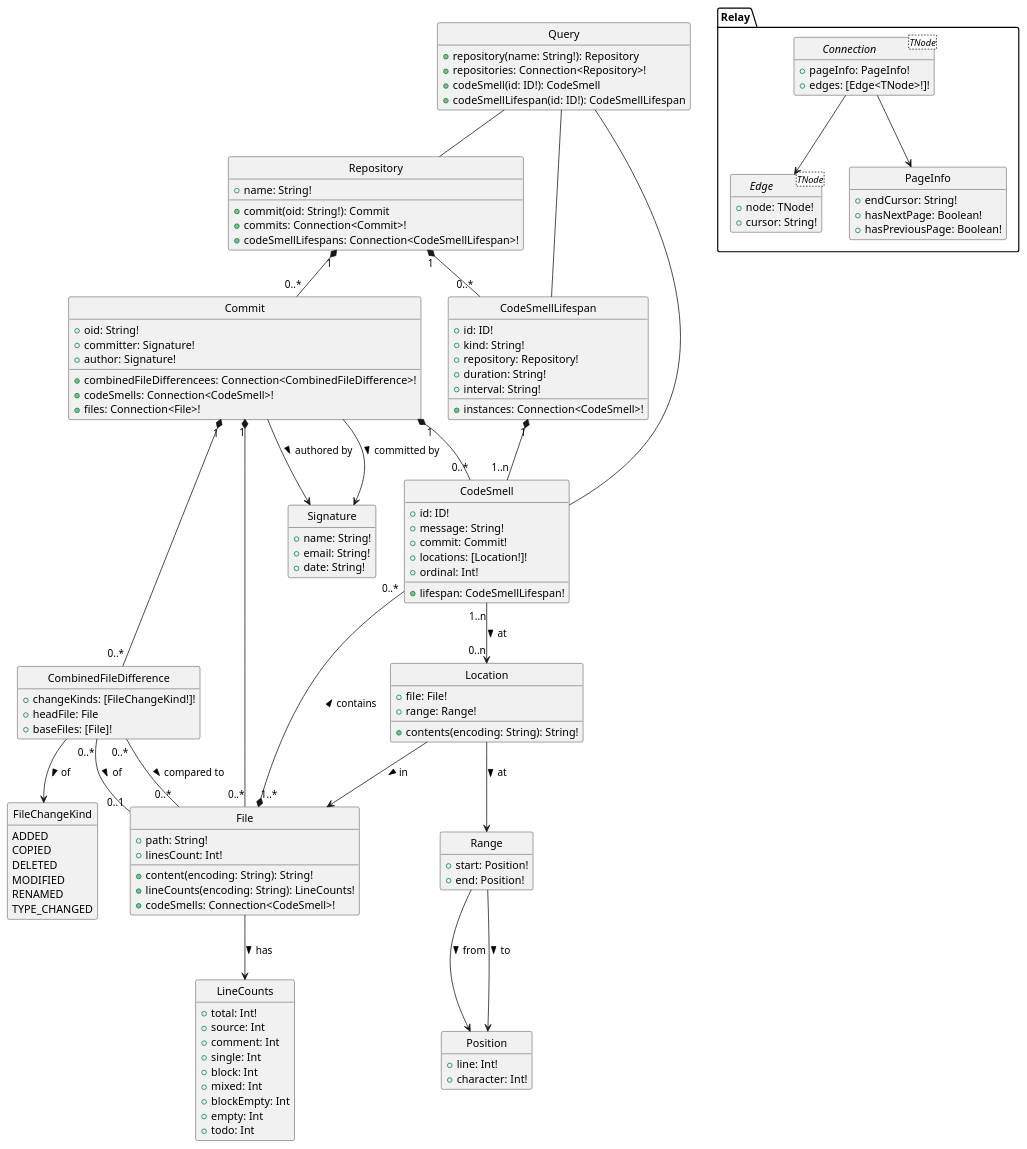
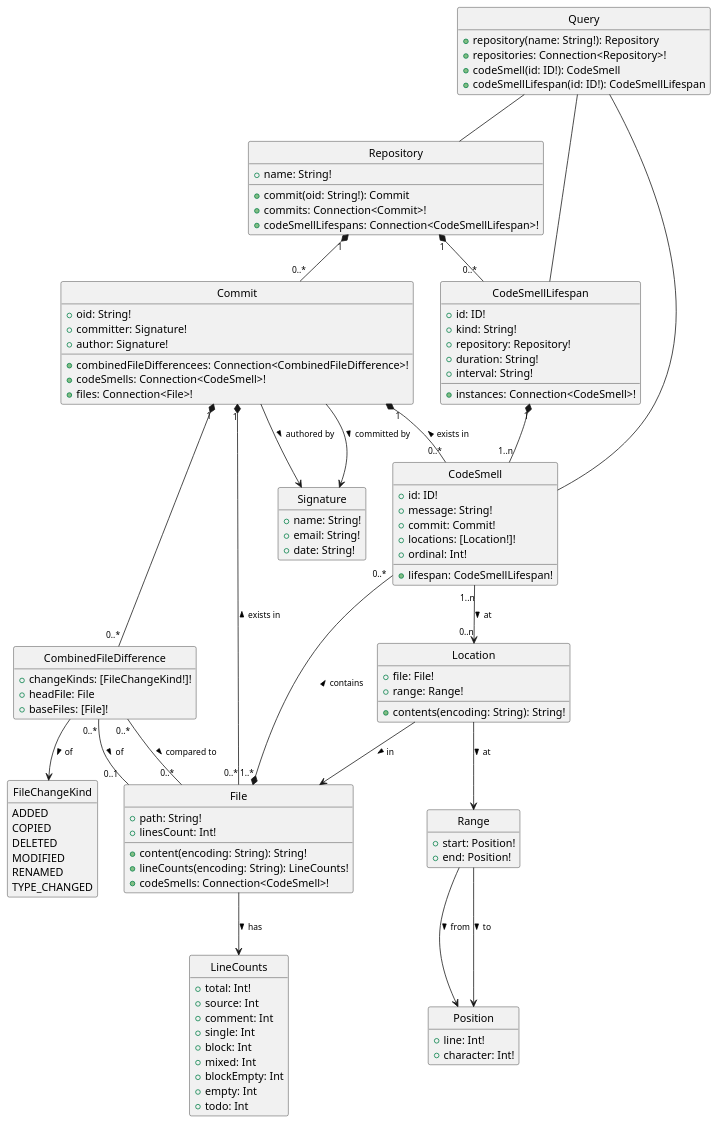
The diagram in schema/graphql.plantuml (felixfbecker/olfaction), drawn with PlantUML before and after one commit. The commit also changed 3 other files, not shown here.

Commit message:
Improve UML diagrams

```diff
--- a/schema/graphql.plantuml
+++ b/schema/graphql.plantuml
@@ -1,139 +1,123 @@
 @startuml graphql
 hide circle
 hide empty members
+skinparam ArrowFontSize 11
 
 class Query {
   {method} +repository(name: String!): Repository
   {method} +repositories: Connection<Repository>!
   {method} +codeSmell(id: ID!): CodeSmell
   {method} +codeSmellLifespan(id: ID!): CodeSmellLifespan
 }
 Query -- Repository
 Query -- CodeSmell
 Query -- CodeSmellLifespan
 
 class Repository {
   +name: String!
   {method} +commit(oid: String!): Commit
   {method} +commits: Connection<Commit>!
   {method} +codeSmellLifespans: Connection<CodeSmellLifespan>!
 }
 Repository "1" *-- "0..*" Commit
 Repository "1" *-- "0..*" CodeSmellLifespan
 
 class Commit {
   +oid: String!
   +committer: Signature!
   +author: Signature!
   {method} +combinedFileDifferencees: Connection<CombinedFileDifference>!
   {method} +codeSmells: Connection<CodeSmell>!
   {method} +files: Connection<File>!
 }
 Commit --> Signature : committed by >
 Commit --> Signature : authored by >
-Commit "1" *-- "0..*" CodeSmell
-Commit "1" *-- "0..*" File
+Commit "1" *-- "0..*" CodeSmell : exists in <
+Commit "1" *-- "0..*" File : exists in <
 Commit "1" *-- "0..*" CombinedFileDifference
 
 class CombinedFileDifference {
   +changeKinds: [FileChangeKind!]!
   +headFile: File
   +baseFiles: [File]!
 }
 CombinedFileDifference "0..*" -- "0..1" File : of >
 CombinedFileDifference "0..*" -- "0..*" File : compared to >
 CombinedFileDifference --> FileChangeKind : of >
 
 enum FileChangeKind {
   ADDED
   COPIED
   DELETED
   MODIFIED
   RENAMED
   TYPE_CHANGED
 }
 
 class Signature {
   +name: String!
   +email: String!
   +date: String!
 }
 
 class CodeSmell {
   +id: ID!
   +message: String!
   +commit: Commit!
   +locations: [Location!]!
   +ordinal: Int!
   {method} +lifespan: CodeSmellLifespan!
 }
 CodeSmell "1..n" --> "0..n" Location : at >
 
 class Location {
   +file: File!
   +range: Range!
   +contents(encoding: String): String!
 }
 Location --> File : in >
 Location --> Range : at >
 class Range {
   +start: Position!
   +end: Position!
 }
 Range --> Position : from >
 Range --> Position : to >
 class Position {
   +line: Int!
   +character: Int!
 }
 
 class CodeSmellLifespan {
   +id: ID!
   +kind: String!
   +repository: Repository!
   +duration: String!
   +interval: String!
   {method} +instances: Connection<CodeSmell>!
 }
 CodeSmellLifespan "1" *-- "1..n" CodeSmell
 
 class LineCounts {
   +total: Int!
   +source: Int
   +comment: Int
   +single: Int
   +block: Int
   +mixed: Int
   +blockEmpty: Int
   +empty: Int
   +todo: Int
 }
 
 class File {
   +path: String!
   +linesCount: Int!
   +content(encoding: String): String!
   +lineCounts(encoding: String): LineCounts!
   {method} +codeSmells: Connection<CodeSmell>!
 }
 File "1..*" *-- "0..*" CodeSmell : contains >
 File --> LineCounts : has >
 
-namespace Relay {
-  interface Connection<TNode> {
-    +pageInfo: PageInfo!
-    +edges: [Edge<TNode>!]!
-  }
-  Connection --> Edge
-  Connection --> PageInfo
-  class PageInfo {
-    +endCursor: String!
-    +hasNextPage: Boolean!
-    +hasPreviousPage: Boolean!
-  }
-  interface Edge<TNode> {
-    +node: TNode!
-    +cursor: String!
-  }
-}
 @enduml
```
